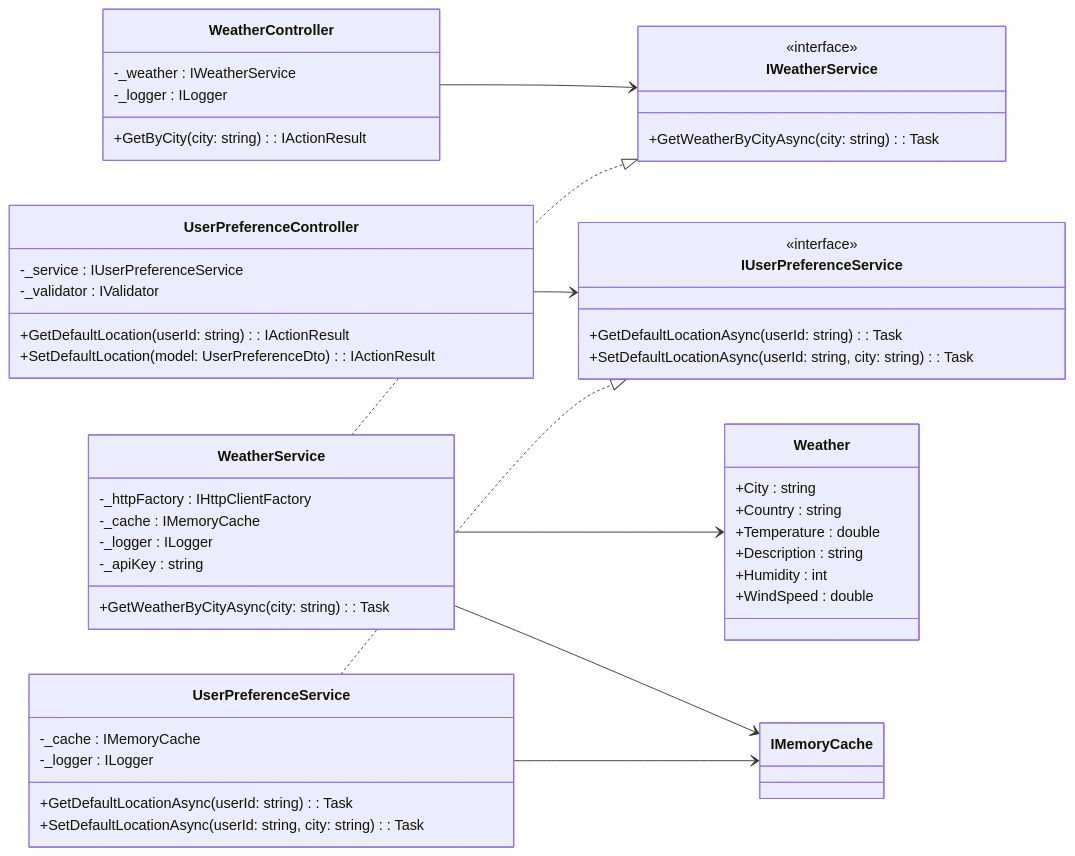
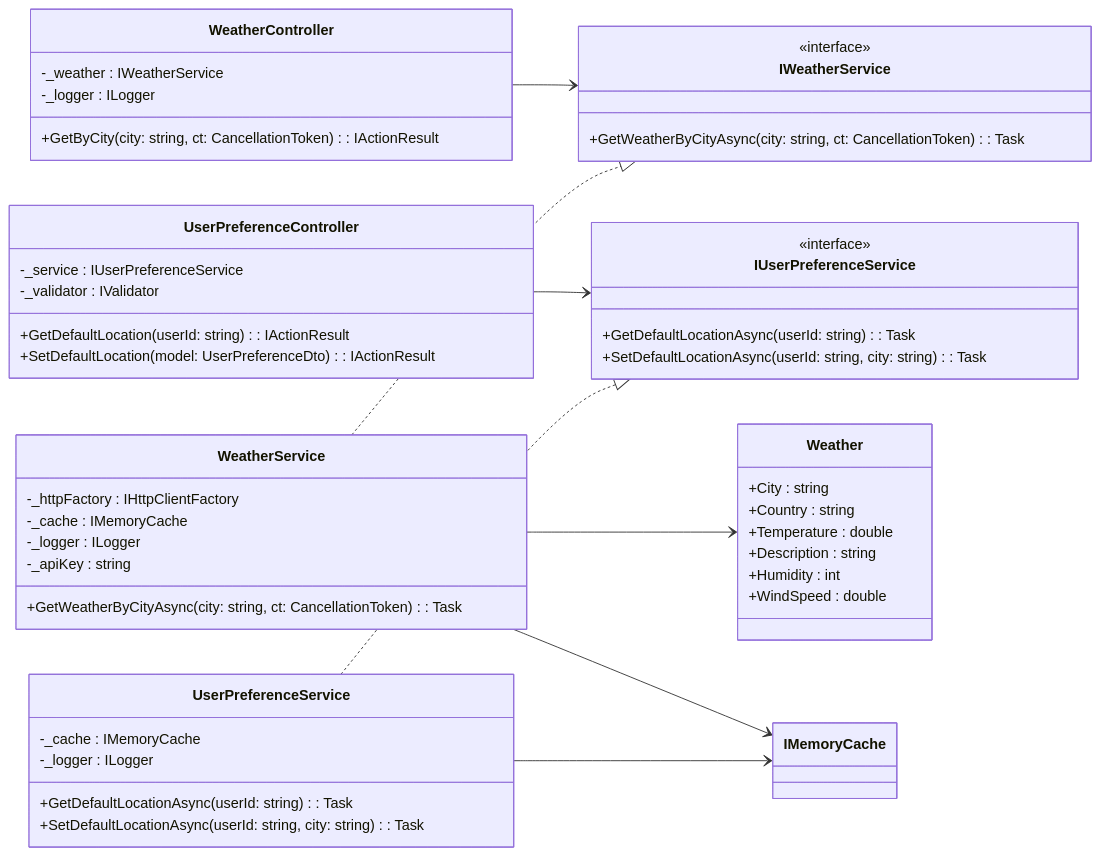
The second of 2 diagrams in README.md (vns-arvind/WeatherDashboardApi), drawn with Mermaid before and after one commit. The commit also changed other lines of this file, not shown here.

````diff
--- a/README.md
+++ b/README.md
@@ -105,60 +105,60 @@
 ```mermaid
 classDiagram
     direction LR
 
     class WeatherController {
-        +GetByCity(city: string): IActionResult
+        +GetByCity(city: string, ct: CancellationToken): IActionResult
         -_weather : IWeatherService
         -_logger : ILogger
     }
 
     class UserPreferenceController {
         +GetDefaultLocation(userId: string): IActionResult
         +SetDefaultLocation(model: UserPreferenceDto): IActionResult
         -_service : IUserPreferenceService
         -_validator : IValidator<UserPreferenceDto>
     }
 
     class IWeatherService {
         <<interface>>
-        +GetWeatherByCityAsync(city: string): Task<Weather>
+        +GetWeatherByCityAsync(city: string, ct: CancellationToken): Task<Weather>
     }
 
     class WeatherService {
-        +GetWeatherByCityAsync(city: string): Task<Weather>
+        +GetWeatherByCityAsync(city: string, ct: CancellationToken): Task<Weather>
         -_httpFactory : IHttpClientFactory
         -_cache : IMemoryCache
         -_logger : ILogger
         -_apiKey : string
     }
 
     class IUserPreferenceService {
         <<interface>>
         +GetDefaultLocationAsync(userId: string): Task<string?>
         +SetDefaultLocationAsync(userId: string, city: string): Task
     }
 
     class UserPreferenceService {
         +GetDefaultLocationAsync(userId: string): Task<string?>
         +SetDefaultLocationAsync(userId: string, city: string): Task
         -_cache : IMemoryCache
         -_logger : ILogger
     }
 
     class Weather {
         +City : string
         +Country : string
         +Temperature : double
         +Description : string
         +Humidity : int
         +WindSpeed : double
     }
 
     WeatherController --> IWeatherService
     UserPreferenceController --> IUserPreferenceService
     WeatherService ..|> IWeatherService
     UserPreferenceService ..|> IUserPreferenceService
     WeatherService --> Weather
     WeatherService --> IMemoryCache
     UserPreferenceService --> IMemoryCache
 ```
````
